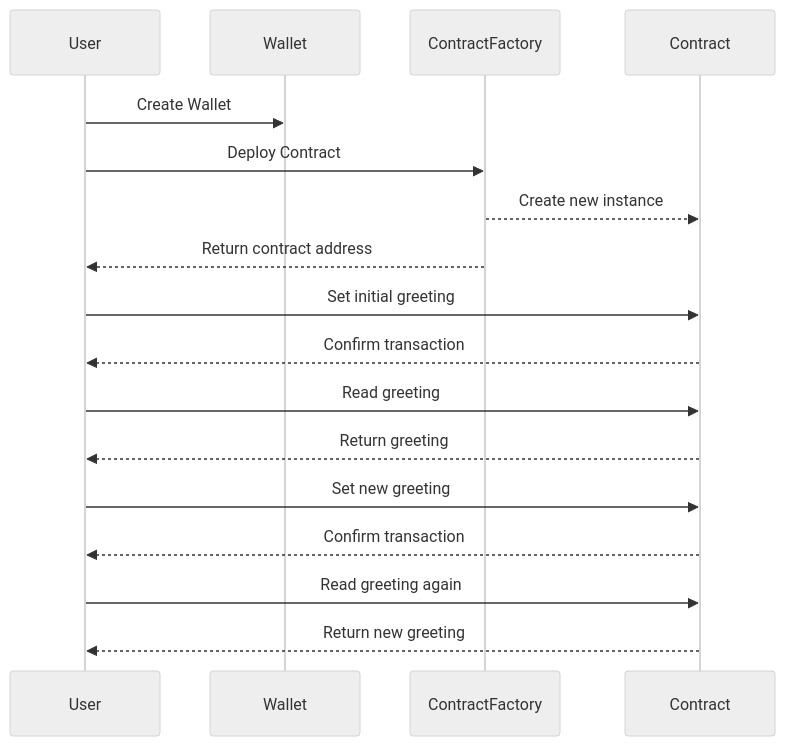
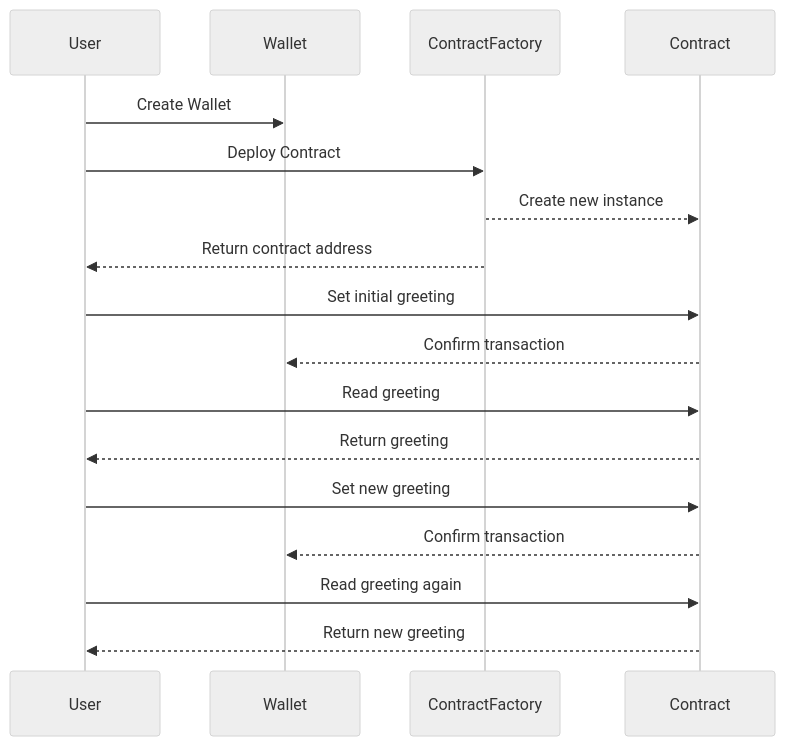
Before and after one commit to PinataCloud/hello-base: the diagram in README.md, drawn with Mermaid (neutral theme).

````diff
--- a/README.md
+++ b/README.md
@@ -14,20 +14,20 @@
 ```mermaid
 sequenceDiagram
     participant User
     participant Wallet
     participant ContractFactory
     participant Contract
 
     User->>Wallet: Create Wallet
     User->>ContractFactory: Deploy Contract
     ContractFactory-->>Contract: Create new instance
     ContractFactory-->>User: Return contract address
     User->>Contract: Set initial greeting
-    Contract-->>User: Confirm transaction
+    Contract-->>Wallet: Confirm transaction
     User->>Contract: Read greeting
     Contract-->>User: Return greeting
     User->>Contract: Set new greeting
-    Contract-->>User: Confirm transaction
+    Contract-->>Wallet: Confirm transaction
     User->>Contract: Read greeting again
     Contract-->>User: Return new greeting
 ```
````
